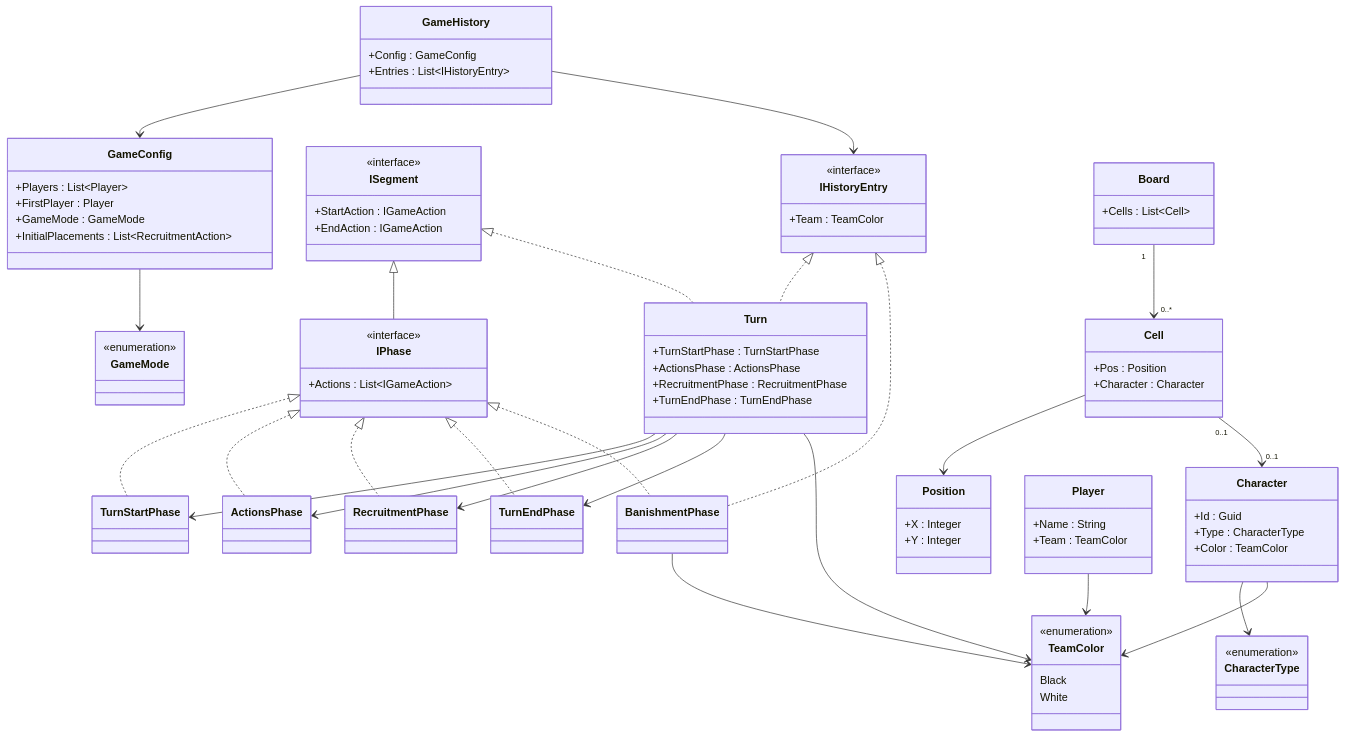
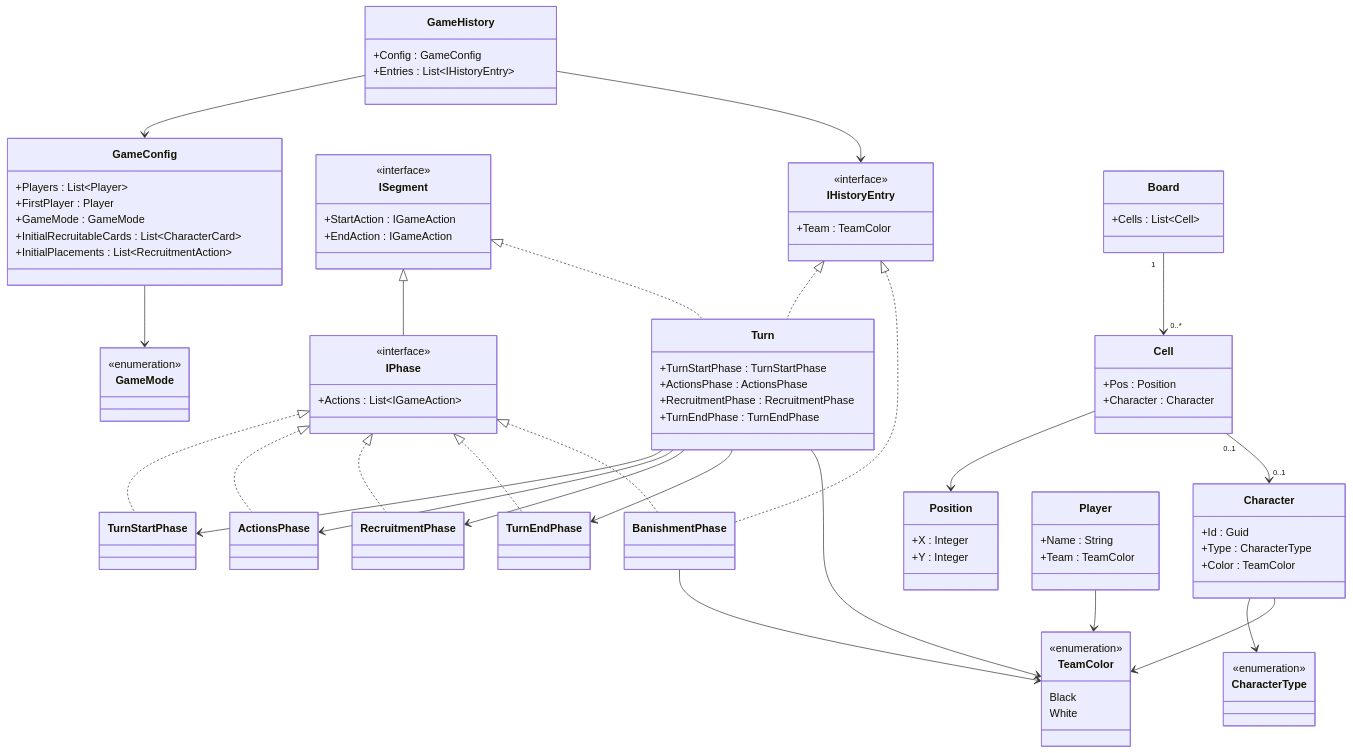
One commit to PaulRosselle/leaders_board_game changed the diagram in docs/GameLogic/uml_entities_gamelogic.mmd. Above: the diagram before and after it, drawn with Mermaid. The commit also changed 4 other files, not shown here.

```diff
--- a/docs/GameLogic/uml_entities_gamelogic.mmd
+++ b/docs/GameLogic/uml_entities_gamelogic.mmd
@@ -1,118 +1,119 @@
 classDiagram
     direction TB
 
     %% Enums
     class TeamColor {
         <<enumeration>>
         Black
         White
     }
 
     class CharacterType {
         <<enumeration>>
     }
 
     class GameMode {
         <<enumeration>>
     }
 
     %% Interfaces
     class IHistoryEntry {
         <<interface>>
         +Team : TeamColor
     }
 
     class ISegment {
         <<interface>>
         +StartAction : IGameAction
         +EndAction : IGameAction
     }
 
     class IPhase {
         <<interface>>
         +Actions : List~IGameAction~
     }
 
     %% Phases
     class TurnStartPhase
     class ActionsPhase
     class RecruitmentPhase
     class TurnEndPhase
     class BanishmentPhase
 
     %% Turn
     class Turn {
         +TurnStartPhase : TurnStartPhase
         +ActionsPhase : ActionsPhase
         +RecruitmentPhase : RecruitmentPhase
         +TurnEndPhase : TurnEndPhase
     }
 
     %% History
     class GameConfig {
         +Players : List~Player~
         +FirstPlayer : Player
         +GameMode : GameMode
+        +InitialRecruitableCards : List~CharacterCard~
         +InitialPlacements : List~RecruitmentAction~
     }
 
     class GameHistory {
         +Config : GameConfig
         +Entries : List~IHistoryEntry~
     }
 
     %% Entités
     class Position {
         +X : Integer
         +Y : Integer
     }
 
     class Character {
         +Id : Guid
         +Type : CharacterType
         +Color : TeamColor
     }
 
     class Cell {
         +Pos : Position
         +Character : Character
     }
 
     class Board {
         +Cells : List~Cell~
     }
 
     class Player {
         +Name : String
         +Team : TeamColor
     }
 
     %% Héritage interfaces
     ISegment <|-- IPhase
     IPhase <|.. TurnStartPhase
     IPhase <|.. ActionsPhase
     IPhase <|.. RecruitmentPhase
     IPhase <|.. TurnEndPhase
     IPhase <|.. BanishmentPhase
     ISegment <|.. Turn
     IHistoryEntry <|.. Turn
     IHistoryEntry <|.. BanishmentPhase
 
     %% Relations structurelles
     GameHistory --> GameConfig
     GameHistory --> IHistoryEntry
     Turn --> TurnStartPhase
     Turn --> ActionsPhase
     Turn --> RecruitmentPhase
     Turn --> TurnEndPhase
     Turn --> TeamColor
     BanishmentPhase --> TeamColor
     Board "1" --> "0..*" Cell
     Cell --> Position
     Cell "0..1" --> "0..1" Character
 
     %% Relations vers enums
     Character --> CharacterType
     Character --> TeamColor
     Player --> TeamColor
     GameConfig --> GameMode
```
